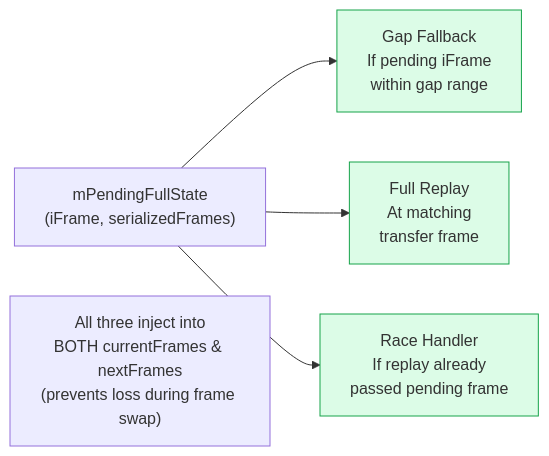
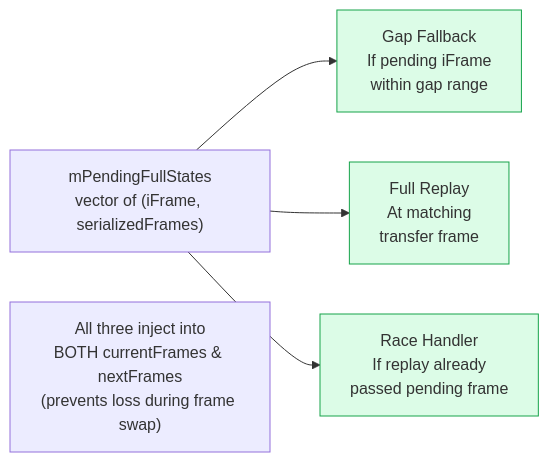
The second of 4 diagrams in Documents/Architecture/GameReconciliation.md (DougTanner/BrokenEnginePublic), drawn with Mermaid before and after one commit. The commit also changed other lines of this file and 6 other files, not shown here.

````diff
--- a/Documents/Architecture/GameReconciliation.md
+++ b/Documents/Architecture/GameReconciliation.md
@@ -49,17 +51,17 @@
 ```mermaid
 %%{init: {'theme': 'default'}}%%
 flowchart LR
     classDef injection fill:#dcfce7,stroke:#16a34a
 
-    PFS["mPendingFullState<br/>(iFrame, serializedFrames)"]
+    PFS["mPendingFullStates<br/>vector of (iFrame, serializedFrames)"]
 
     GAP["Gap Fallback<br/>If pending iFrame<br/>within gap range"]:::injection
     MAIN["Full Replay<br/>At matching<br/>transfer frame"]:::injection
     RACE["Race Handler<br/>If replay already<br/>passed pending frame"]:::injection
 
     PFS --> GAP
     PFS --> MAIN
     PFS --> RACE
 
     NOTE["All three inject into<br/>BOTH currentFrames & nextFrames<br/>(prevents loss during frame swap)"]
 ```
````
